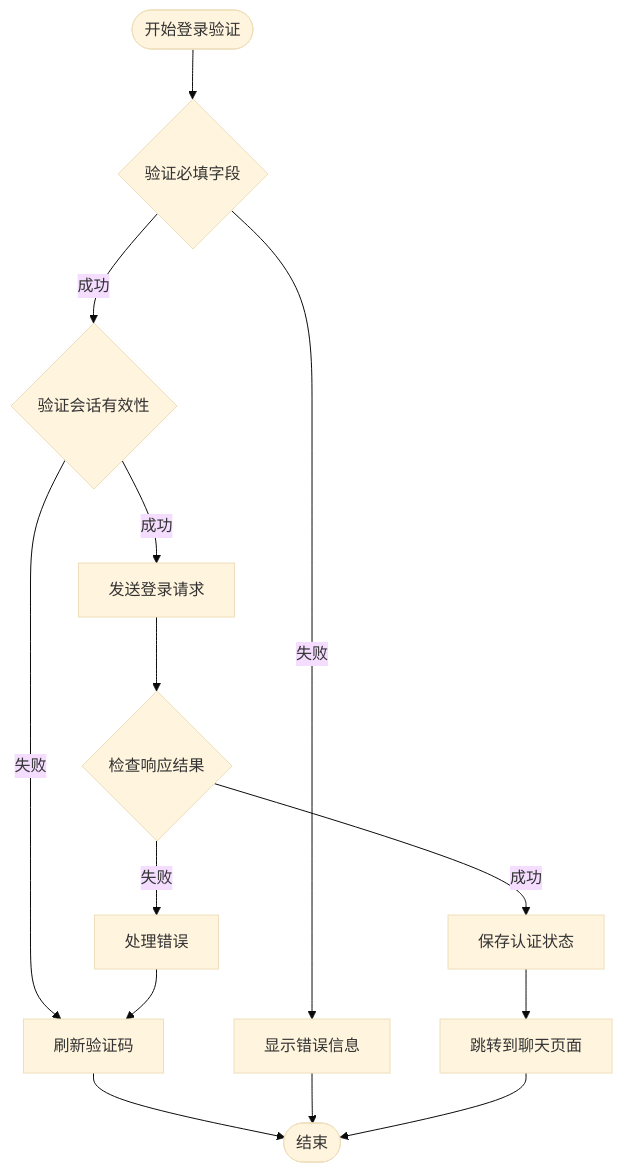
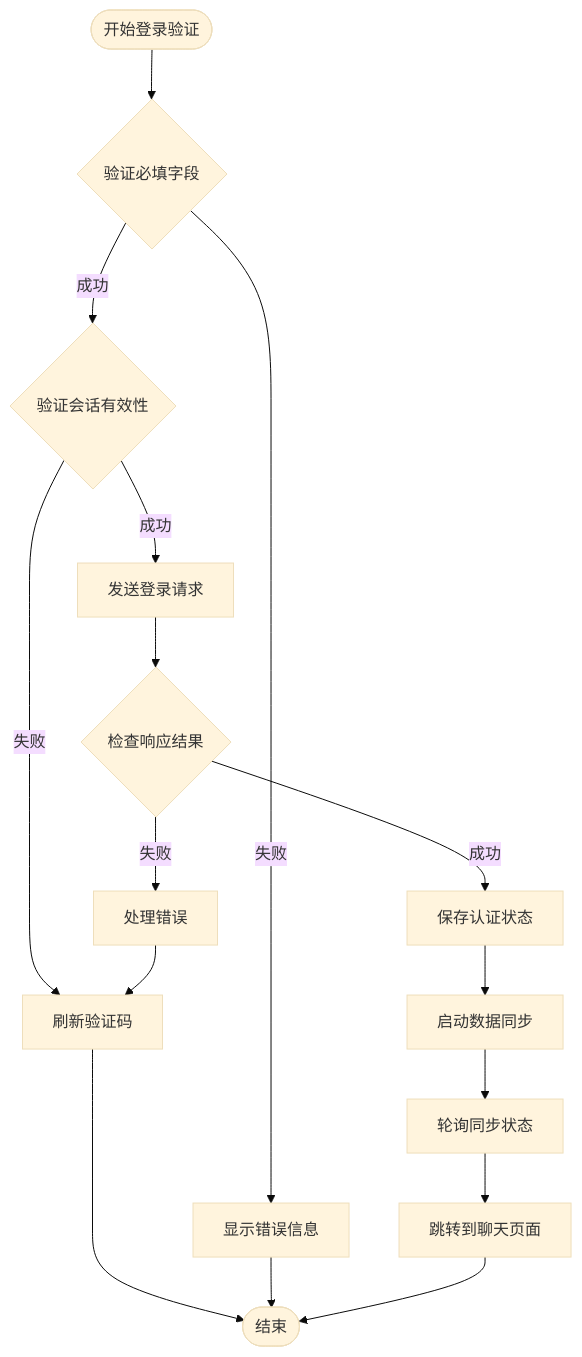
Before and after one commit to ghbbn053-ship-itsoulddog/soulddog: the fifth of 8 diagrams in .qoder/repowiki/zh/content/前端应用文档/登录页面与认证流程.md, drawn with Mermaid (base theme). The commit also changed other lines of this file and 5 other files, not shown here.

````diff
--- a/.qoder/repowiki/zh/content/前端应用文档/登录页面与认证流程.md
+++ b/.qoder/repowiki/zh/content/前端应用文档/登录页面与认证流程.md
@@ -221,16 +237,18 @@
 ```mermaid
 flowchart TD
 Start([开始登录验证]) --> ValidateFields{验证必填字段}
 ValidateFields --> |失败| ShowError[显示错误信息]
 ValidateFields --> |成功| ValidateSession{验证会话有效性}
 ValidateSession --> |失败| RefreshCaptcha[刷新验证码]
 ValidateSession --> |成功| SendRequest[发送登录请求]
 RefreshCaptcha --> End([结束])
 ShowError --> End
 SendRequest --> CheckResponse{检查响应结果}
 CheckResponse --> |成功| SaveAuth[保存认证状态]
 CheckResponse --> |失败| HandleError[处理错误]
-SaveAuth --> Navigate[跳转到聊天页面]
+SaveAuth --> StartSync[启动数据同步]
+StartSync --> PollStatus[轮询同步状态]
+PollStatus --> Navigate[跳转到聊天页面]
 HandleError --> RefreshCaptcha
 Navigate --> End
 ```
````
